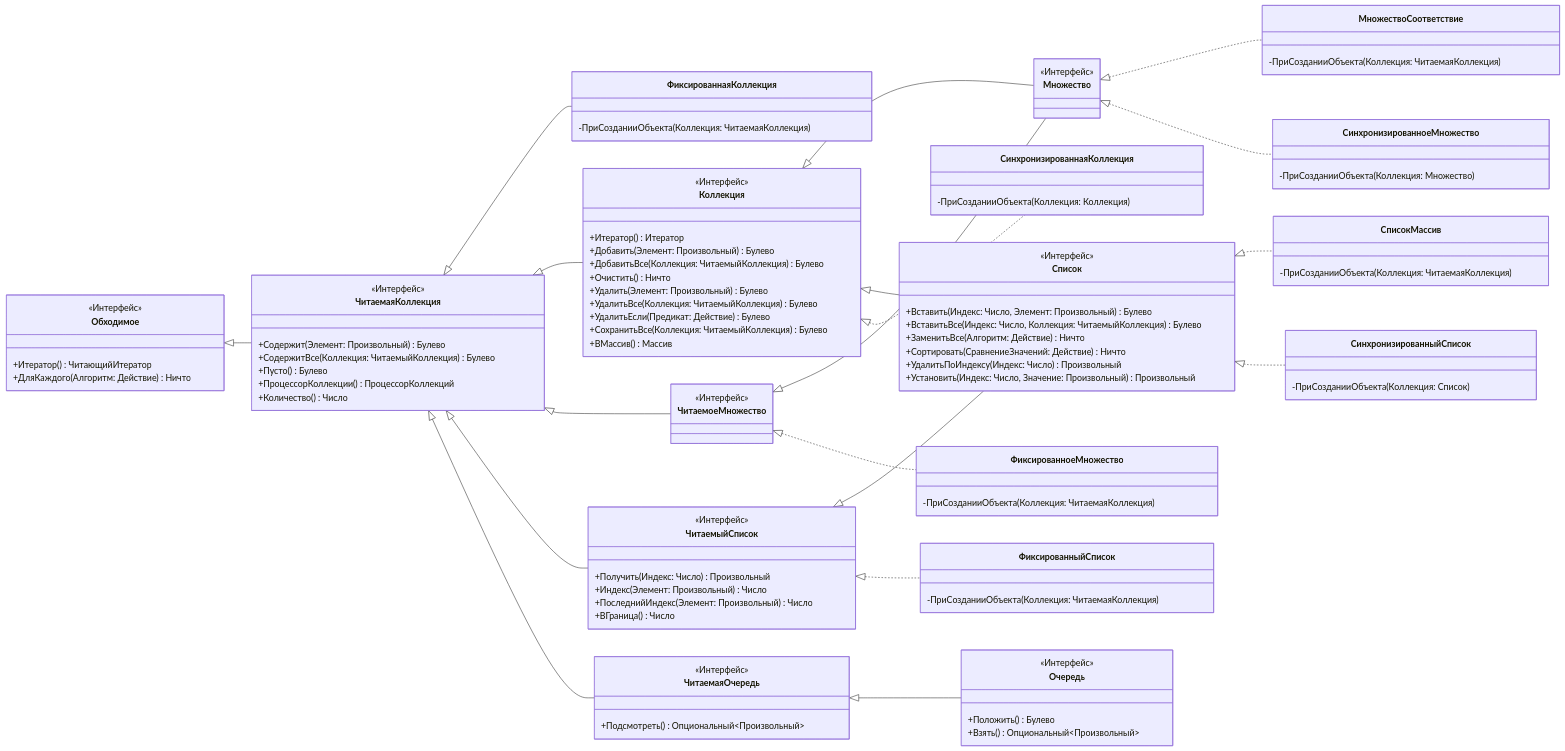
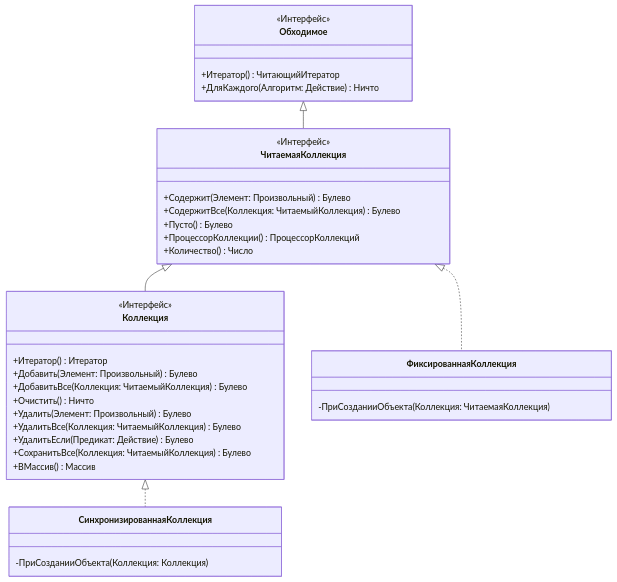
One commit to sfaqer/collectionos changed the first of 6 diagrams in README.md. Above: the diagram before and after it, drawn with Mermaid. The commit also changed other lines of this file and 55 other files, not shown here.

````diff
--- a/README.md
+++ b/README.md
@@ -36,15 +36,19 @@
 ```mermaid
 classDiagram
 
-direction LR
+Обходимое <|-- ЧитаемаяКоллекция
+ЧитаемаяКоллекция <|-- Коллекция
 
-class Обходимое{
+ЧитаемаяКоллекция <|.. ФиксированнаяКоллекция
+Коллекция <|.. СинхронизированнаяКоллекция
+
+class Обходимое {
     <<Интерфейс>>
     +Итератор() ЧитающийИтератор
     +ДляКаждого(Алгоритм: Действие) Ничто
 }
 
-class ЧитаемаяКоллекция{
+class ЧитаемаяКоллекция {
     <<Интерфейс>>
     +Содержит(Элемент: Произвольный) Булево
     +СодержитВсе(Коллекция: ЧитаемыйКоллекция) Булево
@@ -53,7 +57,7 @@
     +Количество() Число
 }
 
-class Коллекция{
+class Коллекция {
     <<Интерфейс>>
     +Итератор() Итератор
     +Добавить(Элемент: Произвольный) Булево
@@ -66,102 +70,11 @@
     +ВМассив() Массив
 }
 
-class ЧитаемоеМножество {
-    <<Интерфейс>>
-}
-
-class Множество {
-    <<Интерфейс>>
-}
-
-class ЧитаемыйСписок {
-    <<Интерфейс>>
-    +Получить(Индекс: Число) Произвольный
-    +Индекс(Элемент: Произвольный) Число
-    +ПоследнийИндекс(Элемент: Произвольный) Число
-    +ВГраница() Число
-}
-
-class Список {
-    <<Интерфейс>>
-    +Вставить(Индекс: Число, Элемент: Произвольный) Булево
-    +ВставитьВсе(Индекс: Число, Коллекция: ЧитаемыйКоллекция) Булево
-    +ЗаменитьВсе(Алгоритм: Действие) Ничто
-    +Сортировать(СравнениеЗначений: Действие) Ничто
-    +УдалитьПоИндексу(Индекс: Число) Произвольный
-    +Установить(Индекс: Число, Значение: Произвольный) Произвольный
-}
-
-class ЧитаемаяОчередь {
-    <<Интерфейс>>
-    +Подсмотреть() Опциональный~Произвольный~
-}
-
-class Очередь {
-    <<Интерфейс>>
-    +Положить() Булево
-    +Взять() Опциональный~Произвольный~
-}
-
 class ФиксированнаяКоллекция {
-    -ПриСозданииОбъекта(Коллекция: ЧитаемаяКоллекция)
-}
-
-class ФиксированноеМножество {
-    -ПриСозданииОбъекта(Коллекция: ЧитаемаяКоллекция)
-}
-
-class МножествоСоответствие {
-    -ПриСозданииОбъекта(Коллекция: ЧитаемаяКоллекция)
-}
-
-class ФиксированныйСписок {
-    -ПриСозданииОбъекта(Коллекция: ЧитаемаяКоллекция)
-}
-
-class СписокМассив {
     -ПриСозданииОбъекта(Коллекция: ЧитаемаяКоллекция)
 }
 
 class СинхронизированнаяКоллекция {
     -ПриСозданииОбъекта(Коллекция: Коллекция)
 }
-
-class СинхронизированноеМножество {
-    -ПриСозданииОбъекта(Коллекция: Множество)
-}
-
-class СинхронизированныйСписок {
-    -ПриСозданииОбъекта(Коллекция: Список)
-}
-
-Обходимое <|-- ЧитаемаяКоллекция
-
-ЧитаемаяКоллекция <|-- ФиксированнаяКоллекция
-
-ЧитаемаяКоллекция <|-- Коллекция
-
-ЧитаемаяКоллекция <|-- ЧитаемоеМножество
-
-ЧитаемоеМножество <|-- Множество
-Коллекция <|-- Множество
-
-ЧитаемаяКоллекция <|-- ЧитаемыйСписок
-
-Коллекция <|-- Список
-ЧитаемыйСписок <|-- Список
-
-Коллекция <|.. СинхронизированнаяКоллекция
-
-ЧитаемоеМножество <|.. ФиксированноеМножество
-Множество <|.. МножествоСоответствие
-Множество <|.. СинхронизированноеМножество
-
-ЧитаемыйСписок <|.. ФиксированныйСписок
-Список <|.. СписокМассив
-Список <|.. СинхронизированныйСписок
-
-ЧитаемаяКоллекция <|-- ЧитаемаяОчередь
-ЧитаемаяОчередь <|-- Очередь
-
 ```
````
